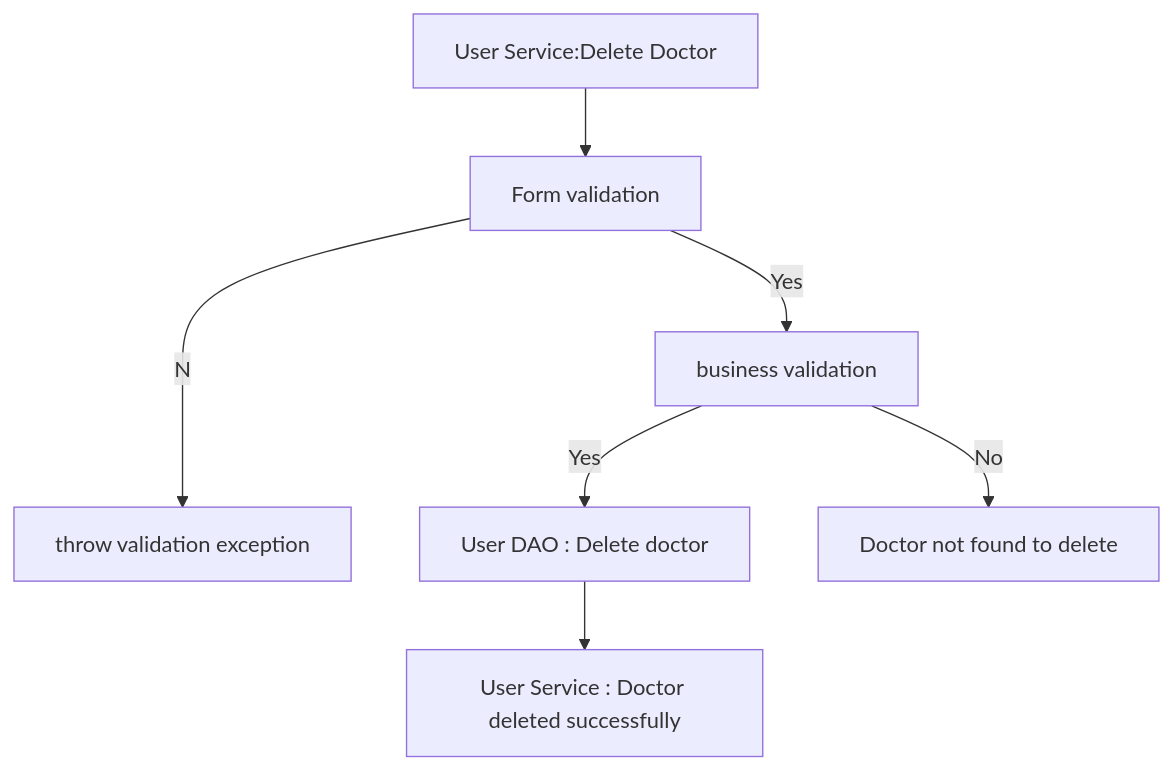
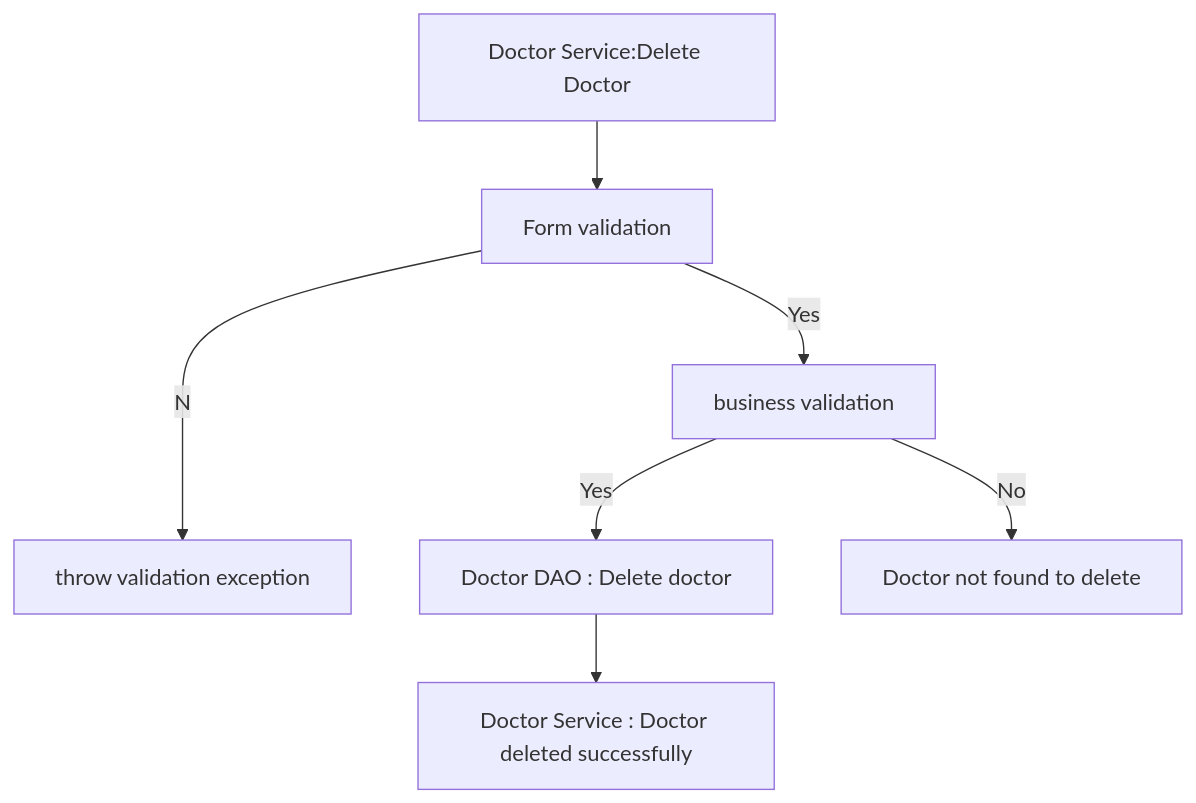
The seventh of 9 diagrams in README.md (fssa-batch3/sec_b_deepika.sriram__corejava_project_2), drawn with Mermaid before and after one commit. The commit also changed other lines of this file, not shown here.

````diff
--- a/README.md
+++ b/README.md
@@ -252,9 +252,9 @@
 ``` mermaid
 graph TD;
-A[User Service:Delete Doctor] -->A1[Form validation]
+A[Doctor Service:Delete Doctor] -->A1[Form validation]
 A1--Yes --> B[business validation]
 A1--No-->B2[throw validation exception]
-B -- Yes -->C[User DAO : Delete doctor]
-C -->D[User Service : Doctor deleted successfully]
+B -- Yes -->C[Doctor DAO : Delete doctor]
+C -->D[Doctor Service : Doctor deleted successfully]
 B -- No -->E[Doctor not found to delete]
 ```
````
